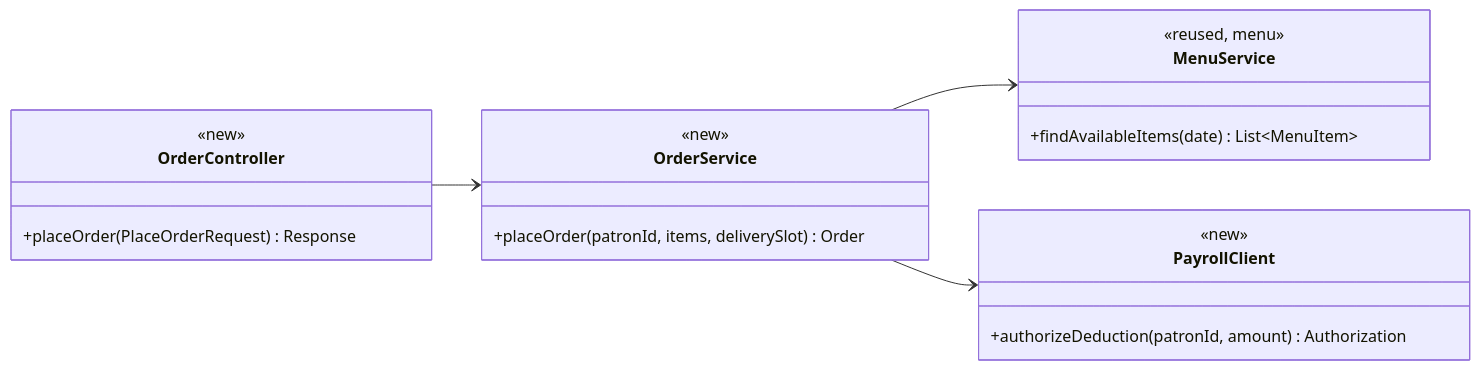
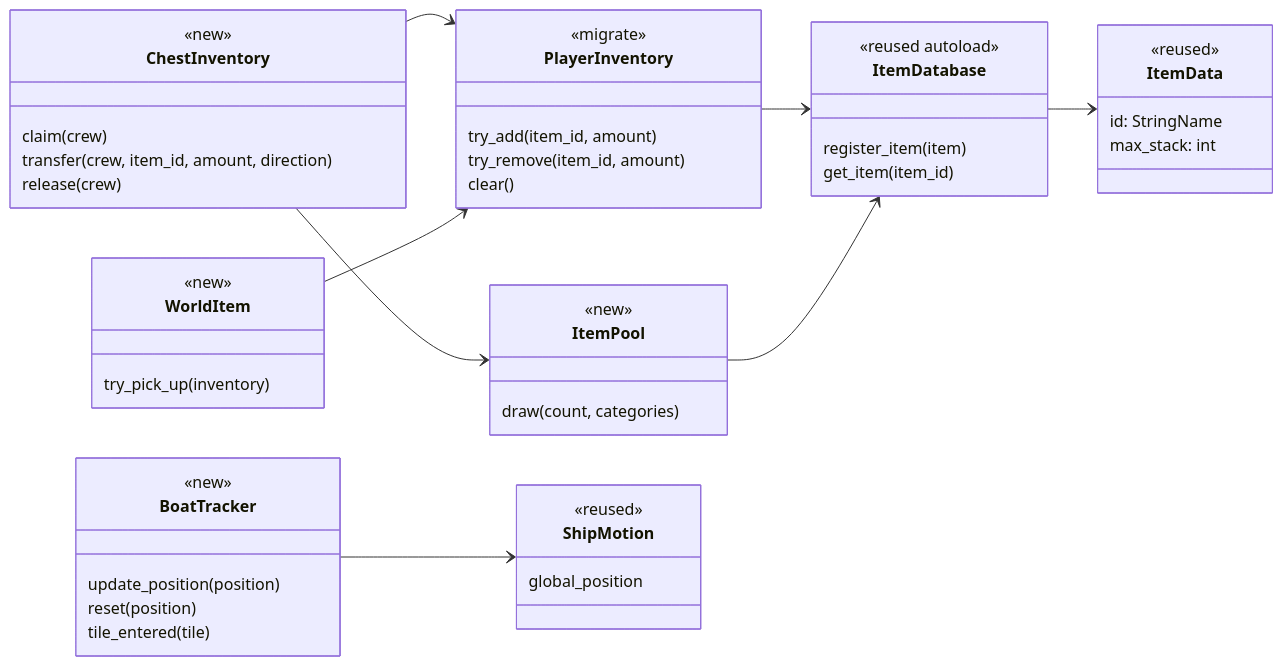
Before and after one commit to whitneyakred/gaming: the first of 6 diagrams in docs/design/SYS.md, drawn with Mermaid. The commit also changed other lines of this file and 2 other files, not shown here.

````diff
--- a/docs/design/SYS.md
+++ b/docs/design/SYS.md
@@ -50,23 +22,51 @@
 ```mermaid
 classDiagram
     direction LR
-    class OrderController {
+    class ItemData {
+        <<reused>>
+        id: StringName
+        max_stack: int
+    }
+    class ItemDatabase {
+        <<reused autoload>>
+        register_item(item)
+        get_item(item_id)
+    }
+    class PlayerInventory {
+        <<migrate>>
+        try_add(item_id, amount)
+        try_remove(item_id, amount)
+        clear()
+    }
+    class ItemPool {
         <<new>>
-        +placeOrder(PlaceOrderRequest) Response
+        draw(count, categories)
     }
-    class OrderService {
+    class ChestInventory {
         <<new>>
-        +placeOrder(patronId, items, deliverySlot) Order
+        claim(crew)
+        transfer(crew, item_id, amount, direction)
+        release(crew)
     }
-    class PayrollClient {
+    class WorldItem {
         <<new>>
-        +authorizeDeduction(patronId, amount) Authorization
+        try_pick_up(inventory)
     }
-    class MenuService {
-        <<reused, menu>>
-        +findAvailableItems(date) List~MenuItem~
+    class BoatTracker {
+        <<new>>
+        update_position(position)
+        reset(position)
+        tile_entered(tile)
     }
-    OrderController --> OrderService
-    OrderService --> MenuService
-    OrderService --> PayrollClient
+    class ShipMotion {
+        <<reused>>
+        global_position
+    }
+    ItemDatabase --> ItemData
+    PlayerInventory --> ItemDatabase
+    ItemPool --> ItemDatabase
+    ChestInventory --> PlayerInventory
+    ChestInventory --> ItemPool
+    WorldItem --> PlayerInventory
+    BoatTracker --> ShipMotion
 ```
````
